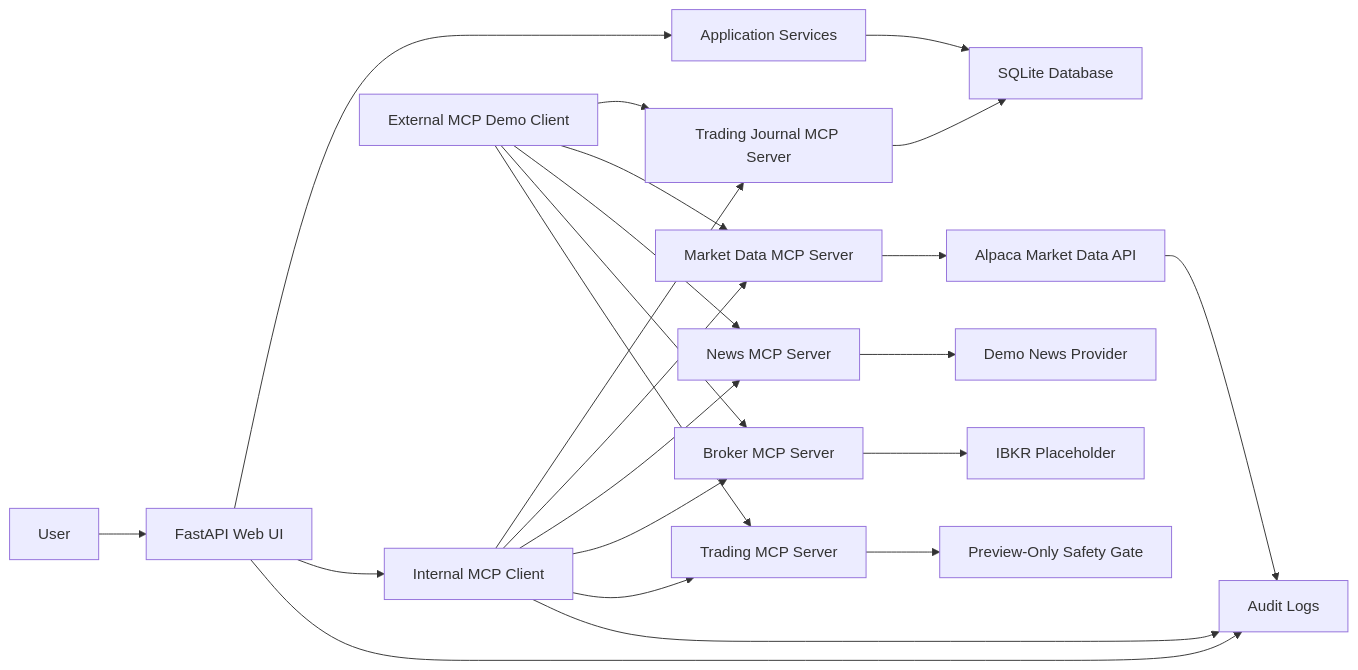
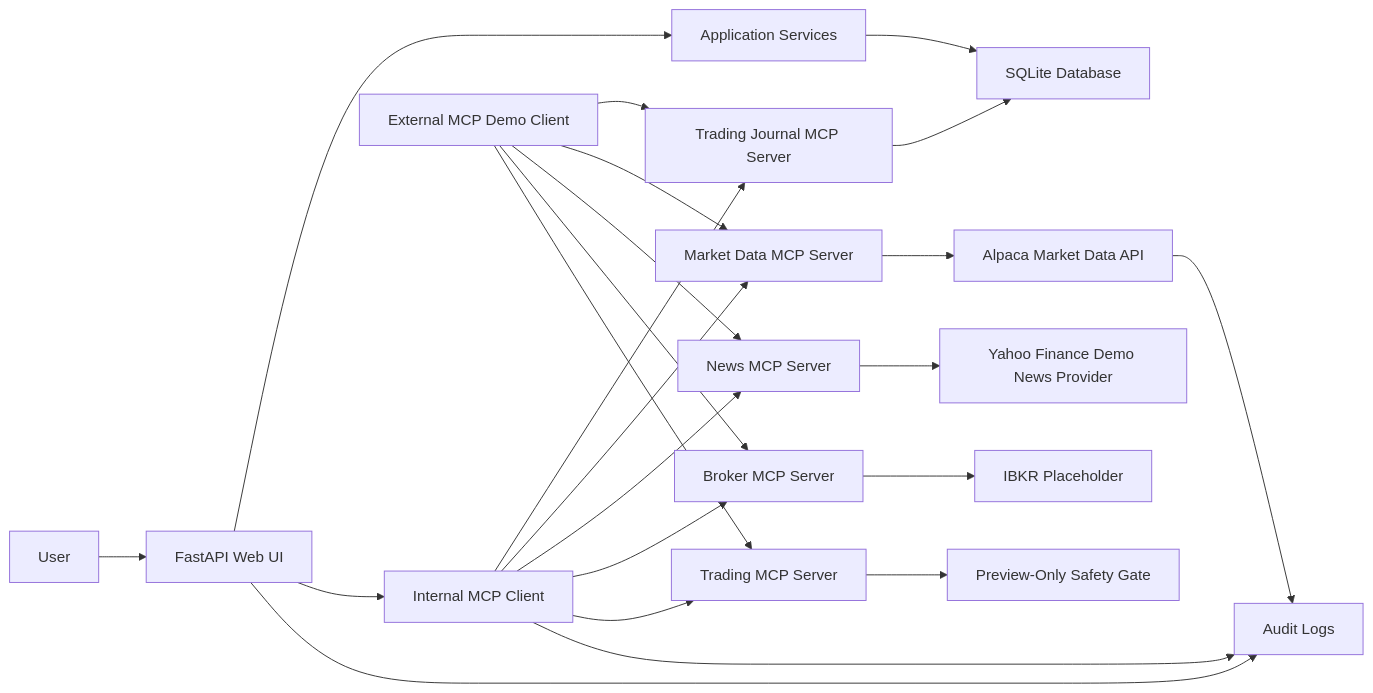
Before and after one commit to thejavascriptways/IFSC-78603-Graduate-Project-trading_journal-mcp: the diagram in README.md, drawn with Mermaid. The commit also changed other lines of this file and 18 other files, not shown here.

Commit message:
Add stock news MCP demo workflow

````diff
--- a/README.md
+++ b/README.md
@@ -43,28 +44,28 @@
 ```mermaid
 flowchart LR
     U["User"] --> UI["FastAPI Web UI"]
     UI --> SVC["Application Services"]
     SVC --> DB["SQLite Database"]
     UI --> HOST["Internal MCP Client"]
     UI --> AUDIT["Audit Logs"]
 
     HOST --> PMCP["Trading Journal MCP Server"]
     HOST --> MMCP["Market Data MCP Server"]
     HOST --> NMCP["News MCP Server"]
     HOST --> BMCP["Broker MCP Server"]
     HOST --> TMCP["Trading MCP Server"]
 
     PMCP --> DB
     MMCP --> ALPACA["Alpaca Market Data API"]
-    NMCP --> DEMO["Demo News Provider"]
+    NMCP --> YAHOO["Yahoo Finance Demo News Provider"]
     BMCP --> IBKR["IBKR Placeholder"]
     TMCP --> SAFE["Preview-Only Safety Gate"]
     HOST --> AUDIT
     ALPACA --> AUDIT
 
     CLI["External MCP Demo Client"] --> PMCP
     CLI --> MMCP
     CLI --> NMCP
     CLI --> BMCP
     CLI --> TMCP
 ```
````
